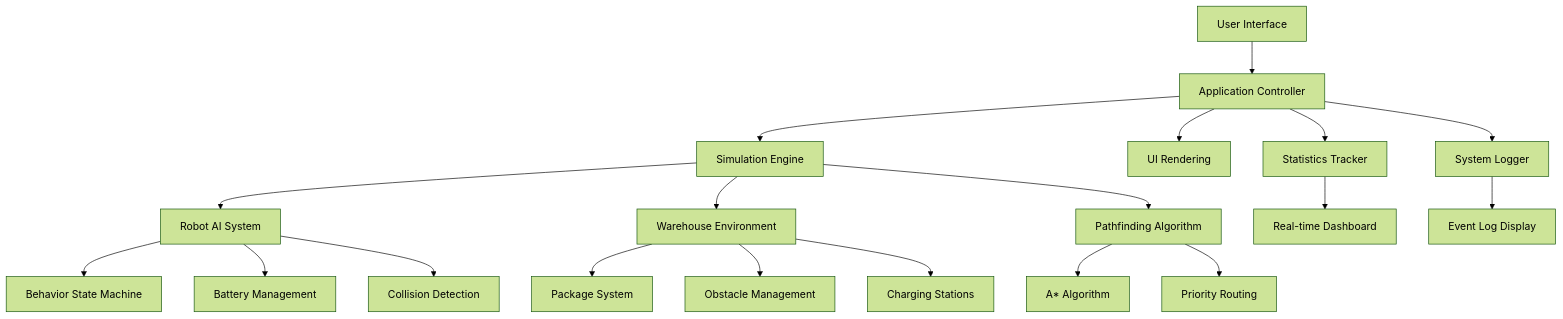
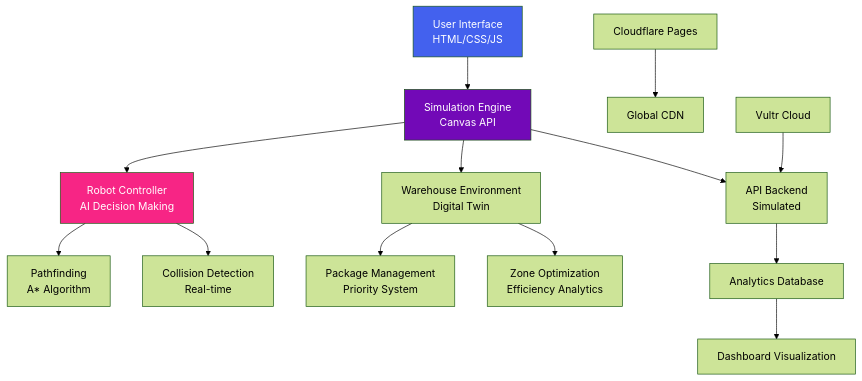
One commit to zahid397/warehouse-orchestrator-ai changed the diagram in README.md. Above: the diagram before and after it, drawn with Mermaid (forest theme). The commit also changed other lines of this file, not shown here.

````diff
--- a/README.md
+++ b/README.md
@@ -336,27 +313,21 @@
 ```mermaid
 graph TB
-    A[User Interface] --> B[Application Controller]
-    B --> C[Simulation Engine]
-    B --> D[UI Rendering]
+    A[User Interface<br/>HTML/CSS/JS] --> B[Simulation Engine<br/>Canvas API]
+    B --> C[Robot Controller<br/>AI Decision Making]
+    B --> D[Warehouse Environment<br/>Digital Twin]
+    C --> E[Pathfinding<br/>A* Algorithm]
+    C --> F[Collision Detection<br/>Real-time]
+    D --> G[Package Management<br/>Priority System]
+    D --> H[Zone Optimization<br/>Efficiency Analytics]
     
-    C --> E[Robot AI System]
-    C --> F[Warehouse Environment]
-    C --> G[Pathfinding Algorithm]
+    I[Cloudflare Pages] --> J[Global CDN]
+    K[Vultr Cloud] --> L[API Backend<br/>Simulated]
     
-    E --> H[Behavior State Machine]
-    E --> I[Battery Management]
-    E --> J[Collision Detection]
+    B --> L
+    L --> M[Analytics Database]
+    M --> N[Dashboard Visualization]
     
-    F --> K[Package System]
-    F --> L[Obstacle Management]
-    F --> M[Charging Stations]
-    
-    G --> N[A* Algorithm]
-    G --> O[Priority Routing]
-    
-    B --> P[Statistics Tracker]
-    B --> Q[System Logger]
-    
-    P --> R[Real-time Dashboard]
-    Q --> S[Event Log Display]
+    style A fill:#4361ee,color:#fff
+    style B fill:#7209b7,color:#fff
+    style C fill:#f72585,color:#fff
 ```
````
